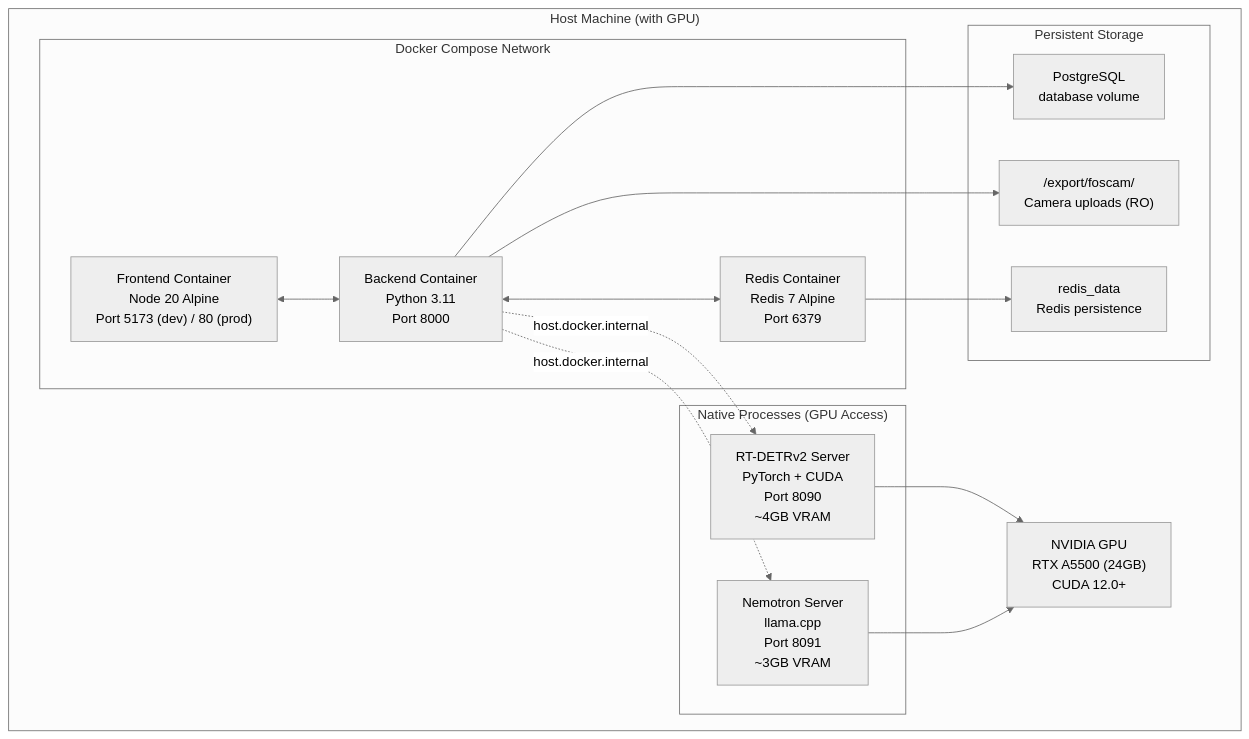
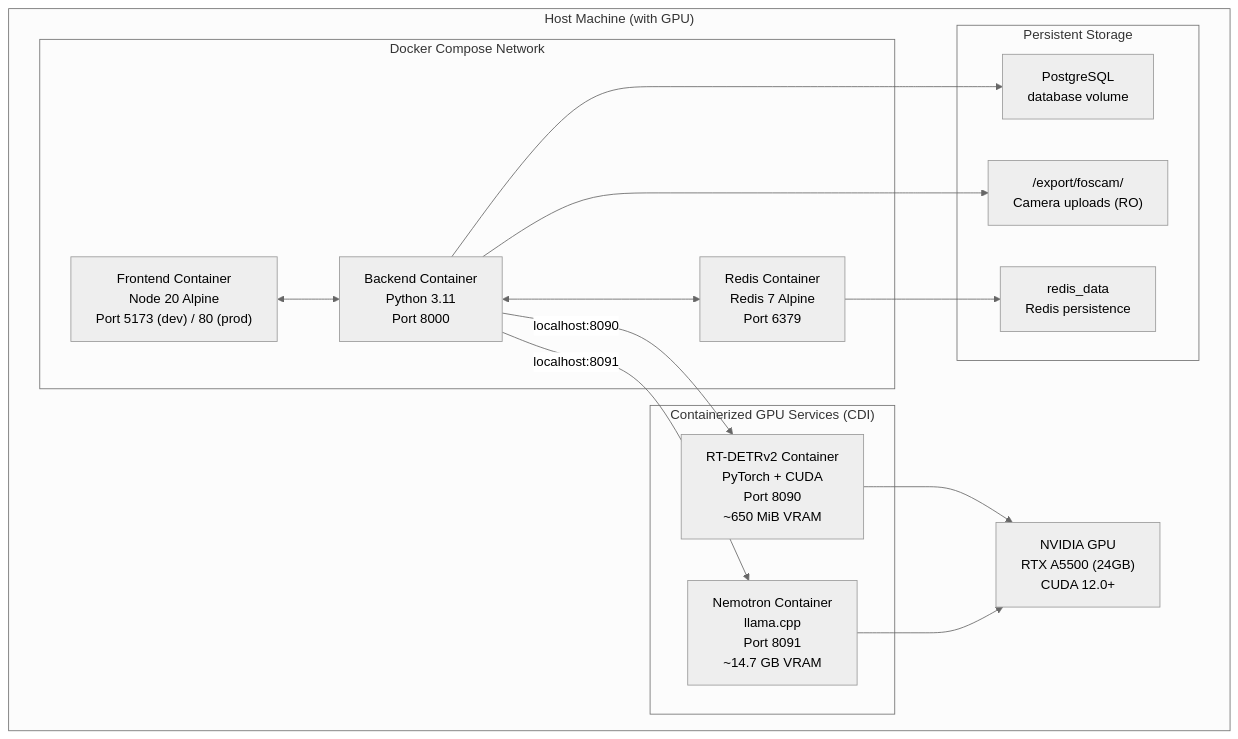
One commit to mikesvoboda/nemotron-v3-home-security-intelligence changed the second of 7 diagrams in docs/architecture/overview.md. Above: the diagram before and after it, drawn with Mermaid (neutral theme). The commit also changed other lines of this file and 14 other files, not shown here.

First line of the commit message:
docs: update deployment architecture + optimize Nemotron GPU config (#61)

````diff
--- a/docs/architecture/overview.md
+++ b/docs/architecture/overview.md
@@ -249,33 +249,33 @@
 ```mermaid
 flowchart TB
     subgraph Host["Host Machine (with GPU)"]
         subgraph Docker["Docker Compose Network"]
             FE["Frontend Container<br/>Node 20 Alpine<br/>Port 5173 (dev) / 80 (prod)"]
             BE["Backend Container<br/>Python 3.11<br/>Port 8000"]
             RD["Redis Container<br/>Redis 7 Alpine<br/>Port 6379"]
         end
 
-        subgraph Native["Native Processes (GPU Access)"]
-            DET["RT-DETRv2 Server<br/>PyTorch + CUDA<br/>Port 8090<br/>~4GB VRAM"]
-            LLM["Nemotron Server<br/>llama.cpp<br/>Port 8091<br/>~3GB VRAM"]
+        subgraph GPUContainers["Containerized GPU Services (CDI)"]
+            DET["RT-DETRv2 Container<br/>PyTorch + CUDA<br/>Port 8090<br/>~650 MiB VRAM"]
+            LLM["Nemotron Container<br/>llama.cpp<br/>Port 8091<br/>~14.7 GB VRAM"]
         end
 
         subgraph Storage["Persistent Storage"]
             VOL1["PostgreSQL<br/>database volume"]
             VOL2["/export/foscam/<br/>Camera uploads (RO)"]
             VOL3["redis_data<br/>Redis persistence"]
         end
 
         GPU["NVIDIA GPU<br/>RTX A5500 (24GB)<br/>CUDA 12.0+"]
     end
 
     FE <--> BE
     BE <--> RD
-    BE -.->|host.docker.internal| DET
-    BE -.->|host.docker.internal| LLM
+    BE -->|localhost:8090| DET
+    BE -->|localhost:8091| LLM
     DET --> GPU
     LLM --> GPU
     BE --> VOL1
     BE --> VOL2
     RD --> VOL3
 ```
````
